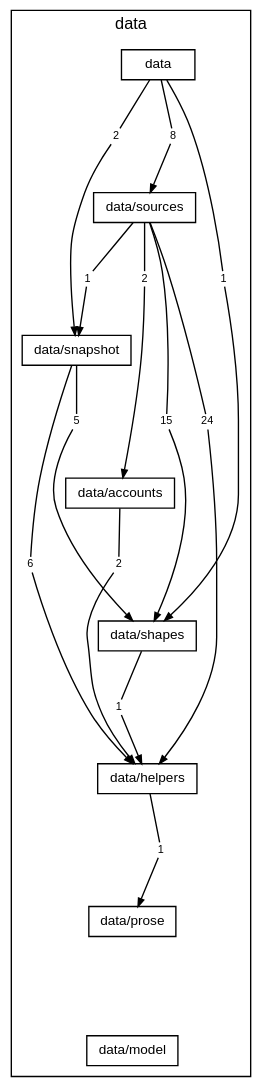
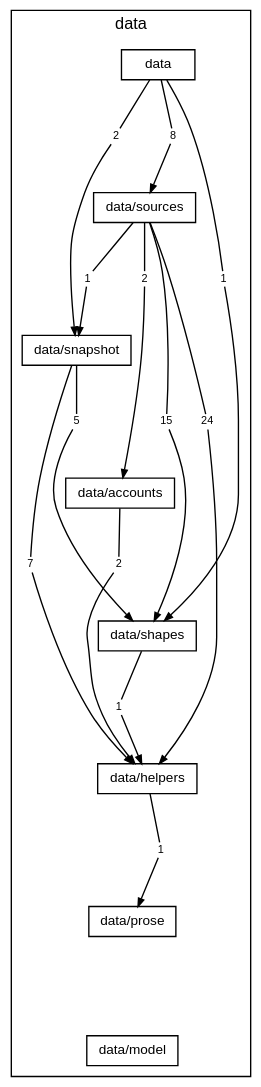
One commit to TheAxeC/oculus changed the diagram in docs/diagrams/layer-data.dot. Above: the diagram before and after it, drawn with Graphviz. The commit also changed 117 other files, not shown here.

```diff
--- a/docs/diagrams/layer-data.dot
+++ b/docs/diagrams/layer-data.dot
@@ -1,59 +1,59 @@
 digraph layer_data {
     graph [bgcolor="transparent", rankdir=TB, newrank=true, fontname="Helvetica,Arial,sans-serif", fontsize=12, nodesep=0.2, ranksep=0.5];
     node [shape=box, color="black", fontcolor="black", fontname="Helvetica,Arial,sans-serif", fontsize=10, height=0.3, margin="0.12,0.04"];
     edge [color="black", fontcolor="black", fontname="Helvetica,Arial,sans-serif", fontsize=8, arrowsize=0.6];
     subgraph "cluster_data" {
         label="data"; style=solid;
         "folder data" [label="data"];
         "folder data/sources" [label="data/sources"];
         "folder data/snapshot" [label="data/snapshot"];
         "folder data/accounts" [label="data/accounts"];
         "folder data/shapes" [label="data/shapes"];
         "folder data/helpers" [label="data/helpers"];
         "folder data/prose" [label="data/prose"];
         "folder data/model" [label="data/model"];
         "folder data to folder data/shapes" [label="1", shape=box, color="transparent", fontsize=8, width=0, height=0, margin="0.04,0.02"];
         "folder data to folder data/snapshot" [label="2", shape=box, color="transparent", fontsize=8, width=0, height=0, margin="0.04,0.02"];
         "folder data to folder data/sources" [label="8", shape=box, color="transparent", fontsize=8, width=0, height=0, margin="0.04,0.02"];
         "folder data/sources to folder data/accounts" [label="2", shape=box, color="transparent", fontsize=8, width=0, height=0, margin="0.04,0.02"];
         "folder data/sources to folder data/helpers" [label="24", shape=box, color="transparent", fontsize=8, width=0, height=0, margin="0.04,0.02"];
         "folder data/sources to folder data/shapes" [label="15", shape=box, color="transparent", fontsize=8, width=0, height=0, margin="0.04,0.02"];
         "folder data/sources to folder data/snapshot" [label="1", shape=box, color="transparent", fontsize=8, width=0, height=0, margin="0.04,0.02"];
-        "folder data/snapshot to folder data/helpers" [label="6", shape=box, color="transparent", fontsize=8, width=0, height=0, margin="0.04,0.02"];
+        "folder data/snapshot to folder data/helpers" [label="7", shape=box, color="transparent", fontsize=8, width=0, height=0, margin="0.04,0.02"];
         "folder data/snapshot to folder data/shapes" [label="5", shape=box, color="transparent", fontsize=8, width=0, height=0, margin="0.04,0.02"];
         "folder data/accounts to folder data/helpers" [label="2", shape=box, color="transparent", fontsize=8, width=0, height=0, margin="0.04,0.02"];
         "folder data/shapes to folder data/helpers" [label="1", shape=box, color="transparent", fontsize=8, width=0, height=0, margin="0.04,0.02"];
         "folder data/helpers to folder data/prose" [label="1", shape=box, color="transparent", fontsize=8, width=0, height=0, margin="0.04,0.02"];
     }
     "folder data" -> "folder data/sources" [style=invis, weight=10, minlen=2];
     "folder data/sources" -> "folder data/snapshot" [style=invis, weight=10, minlen=2];
     "folder data/snapshot" -> "folder data/accounts" [style=invis, weight=10, minlen=2];
     "folder data/accounts" -> "folder data/shapes" [style=invis, weight=10, minlen=2];
     "folder data/shapes" -> "folder data/helpers" [style=invis, weight=10, minlen=2];
     "folder data/helpers" -> "folder data/prose" [style=invis, weight=10, minlen=2];
     "folder data/prose" -> "folder data/model" [style=invis, weight=10, minlen=2];
     "folder data" -> "folder data to folder data/shapes" [arrowhead=none, minlen=3, weight=10];
     "folder data to folder data/shapes" -> "folder data/shapes" [];
     "folder data" -> "folder data to folder data/snapshot" [arrowhead=none, minlen=1, weight=10];
     "folder data to folder data/snapshot" -> "folder data/snapshot" [];
     "folder data" -> "folder data to folder data/sources" [arrowhead=none, minlen=1, weight=10];
     "folder data to folder data/sources" -> "folder data/sources" [];
     "folder data/sources" -> "folder data/sources to folder data/accounts" [arrowhead=none, minlen=1, weight=10];
     "folder data/sources to folder data/accounts" -> "folder data/accounts" [];
     "folder data/sources" -> "folder data/sources to folder data/helpers" [arrowhead=none, minlen=3, weight=10];
     "folder data/sources to folder data/helpers" -> "folder data/helpers" [];
     "folder data/sources" -> "folder data/sources to folder data/shapes" [arrowhead=none, minlen=3, weight=10];
     "folder data/sources to folder data/shapes" -> "folder data/shapes" [];
     "folder data/sources" -> "folder data/sources to folder data/snapshot" [arrowhead=none, minlen=1, weight=10];
     "folder data/sources to folder data/snapshot" -> "folder data/snapshot" [];
     "folder data/snapshot" -> "folder data/snapshot to folder data/helpers" [arrowhead=none, minlen=3, weight=10];
     "folder data/snapshot to folder data/helpers" -> "folder data/helpers" [];
     "folder data/snapshot" -> "folder data/snapshot to folder data/shapes" [arrowhead=none, minlen=1, weight=10];
     "folder data/snapshot to folder data/shapes" -> "folder data/shapes" [];
     "folder data/accounts" -> "folder data/accounts to folder data/helpers" [arrowhead=none, minlen=1, weight=10];
     "folder data/accounts to folder data/helpers" -> "folder data/helpers" [];
     "folder data/shapes" -> "folder data/shapes to folder data/helpers" [arrowhead=none, minlen=1, weight=10];
     "folder data/shapes to folder data/helpers" -> "folder data/helpers" [];
     "folder data/helpers" -> "folder data/helpers to folder data/prose" [arrowhead=none, minlen=1, weight=10];
     "folder data/helpers to folder data/prose" -> "folder data/prose" [];
 }
```
